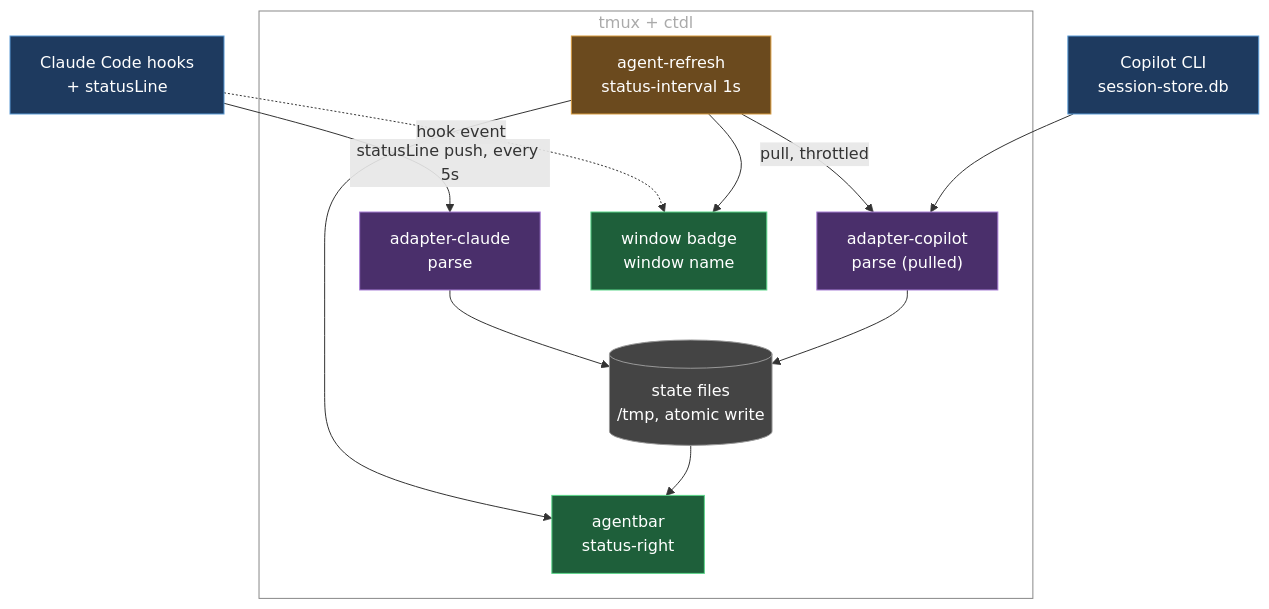
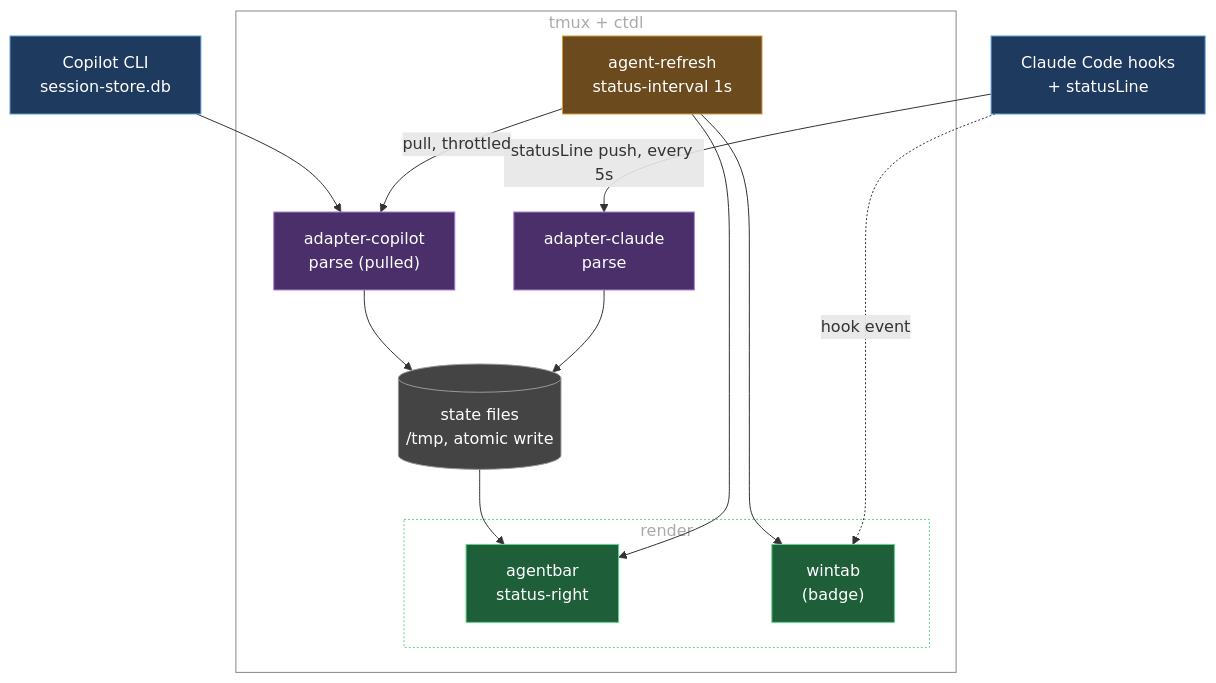
Before and after one commit to marcintk/tmux-ctdl: the diagram in README.md, drawn with Mermaid.

Commit message:
docs: group agentbar + wintab as a render subgraph, rename wintab node

````diff
--- a/README.md
+++ b/README.md
@@ -110,33 +110,36 @@
 ```mermaid
 graph TD
   claude["Claude Code hooks<br/>+ statusLine"]:::src
   copilot["Copilot CLI<br/>session-store.db"]:::src
 
   subgraph ctdl["tmux + ctdl"]
     tick["agent-refresh<br/>status-interval 1s"]:::sched
     adapterClaude["adapter-claude<br/>parse"]:::adapter
     adapterCopilot["adapter-copilot<br/>parse (pulled)"]:::adapter
     state[("state files<br/>/tmp, atomic write")]:::store
-    agentbar["agentbar<br/>status-right"]:::out
-    wintab["window badge<br/>window name"]:::out
+    subgraph render["render"]
+      agentbar["agentbar<br/>status-right"]:::out
+      wintab["wintab<br/>(badge)"]:::out
+    end
   end
 
   claude -- statusLine push, every 5s --> adapterClaude
   tick -- pull, throttled --> adapterCopilot
   copilot --> adapterCopilot
 
   adapterClaude --> state
   adapterCopilot --> state
   claude -. hook event .-> wintab
 
   tick --> agentbar
   tick --> wintab
   state --> agentbar
 
   classDef src fill:#1e3a5f,stroke:#5b9bd5,color:#fff
   classDef adapter fill:#4a2f6b,stroke:#a97fd6,color:#fff
   classDef store fill:#444,stroke:#999,color:#fff
   classDef sched fill:#6b4a1e,stroke:#d69a3f,color:#fff
   classDef out fill:#1e5f3a,stroke:#5bd68a,color:#fff
   style ctdl fill:none,stroke:#888,color:#aaa
+  style render fill:none,stroke:#5bd68a,stroke-dasharray:2 2,color:#aaa
 ```
````
